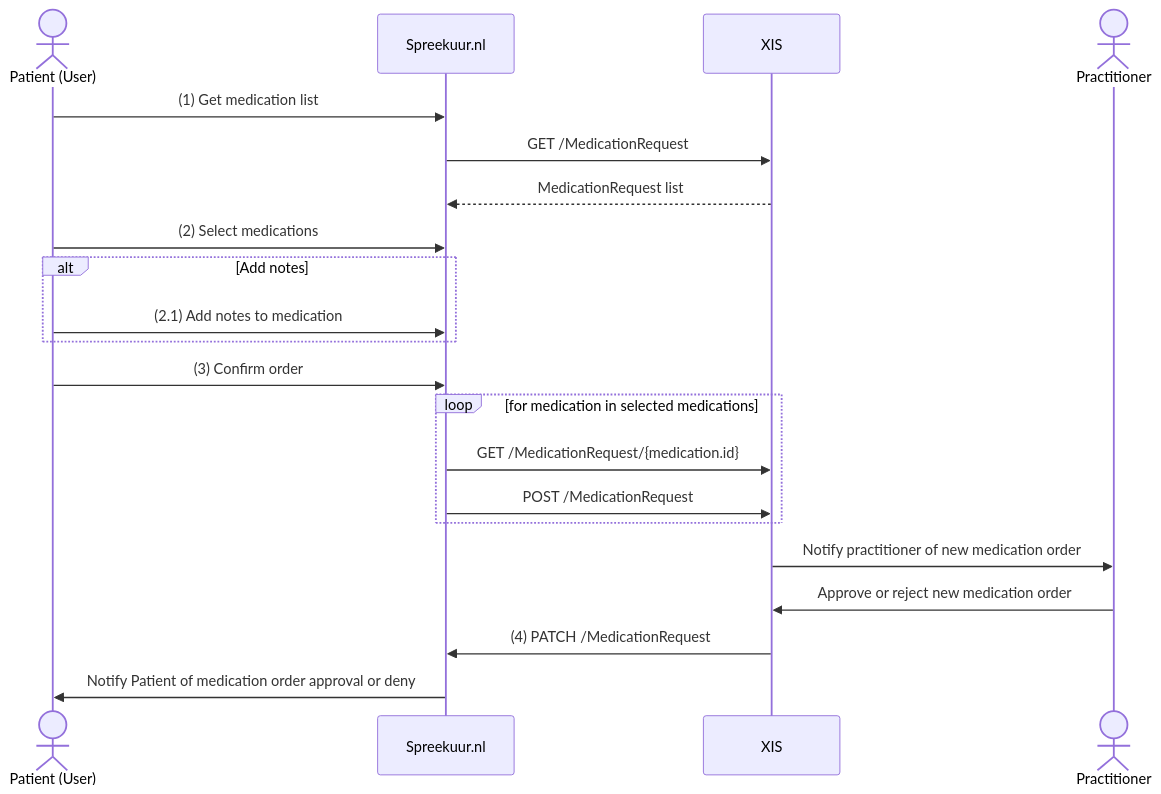
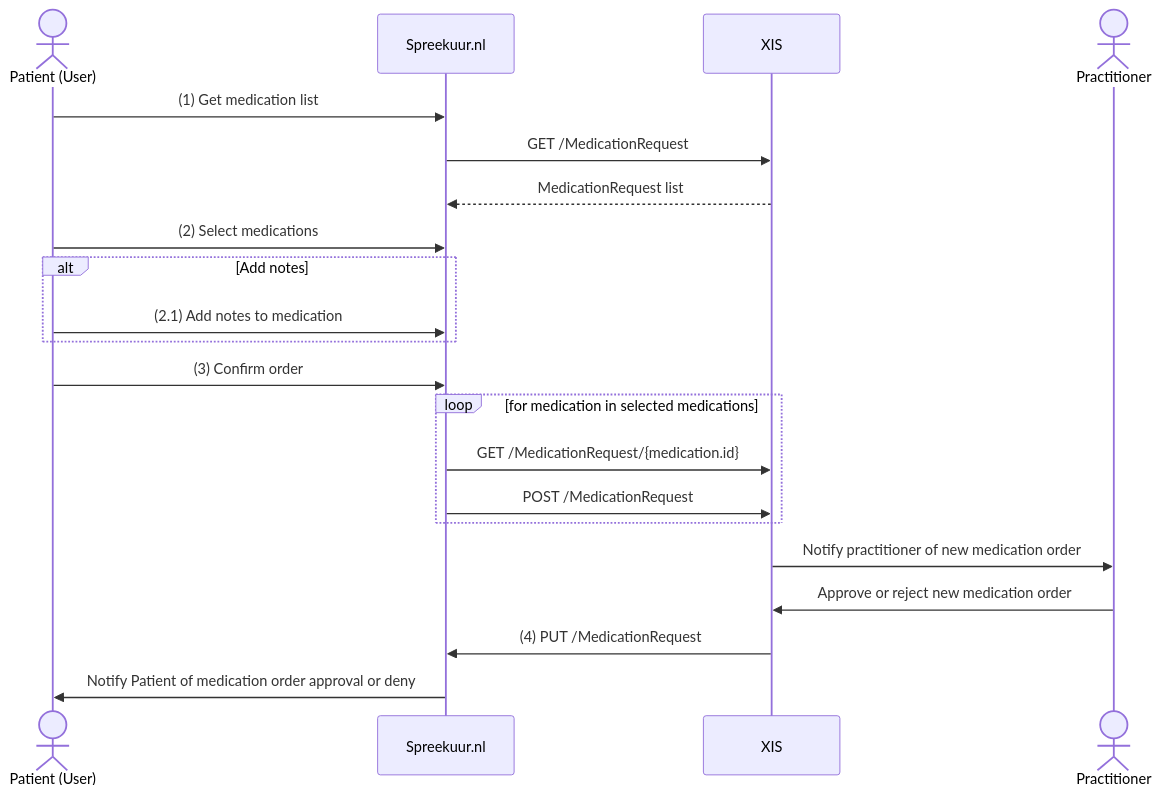
One commit to topicushealthcare/spreekuur-docs changed the diagram in docs/features/medication/medications.md. Above: the diagram before and after it, drawn with Mermaid.

````diff
--- a/docs/features/medication/medications.md
+++ b/docs/features/medication/medications.md
@@ -26,24 +26,24 @@
 ```mermaid
 sequenceDiagram
     actor Patient (User)
     participant Spreekuur.nl
     participant XIS
     actor Practitioner
     
     Patient (User)->>Spreekuur.nl: (1) Get medication list
     Spreekuur.nl->>XIS: GET /MedicationRequest
     XIS-->>Spreekuur.nl: MedicationRequest list
     Patient (User)->>Spreekuur.nl: (2) Select medications
     alt Add notes
         Patient (User)->>Spreekuur.nl: (2.1) Add notes to medication
     end
     Patient (User)->>Spreekuur.nl: (3) Confirm order
     loop for medication in selected medications
         Spreekuur.nl->>XIS: GET /MedicationRequest/{medication.id}
         Spreekuur.nl->>XIS: POST /MedicationRequest
     end
     XIS->>Practitioner: Notify practitioner of new medication order
     Practitioner->>XIS: Approve or reject new medication order
-    XIS->>Spreekuur.nl: (4) PATCH /MedicationRequest
+    XIS->>Spreekuur.nl: (4) PUT /MedicationRequest
     Spreekuur.nl->>Patient (User): Notify Patient of medication order approval or deny 
 ```
````
